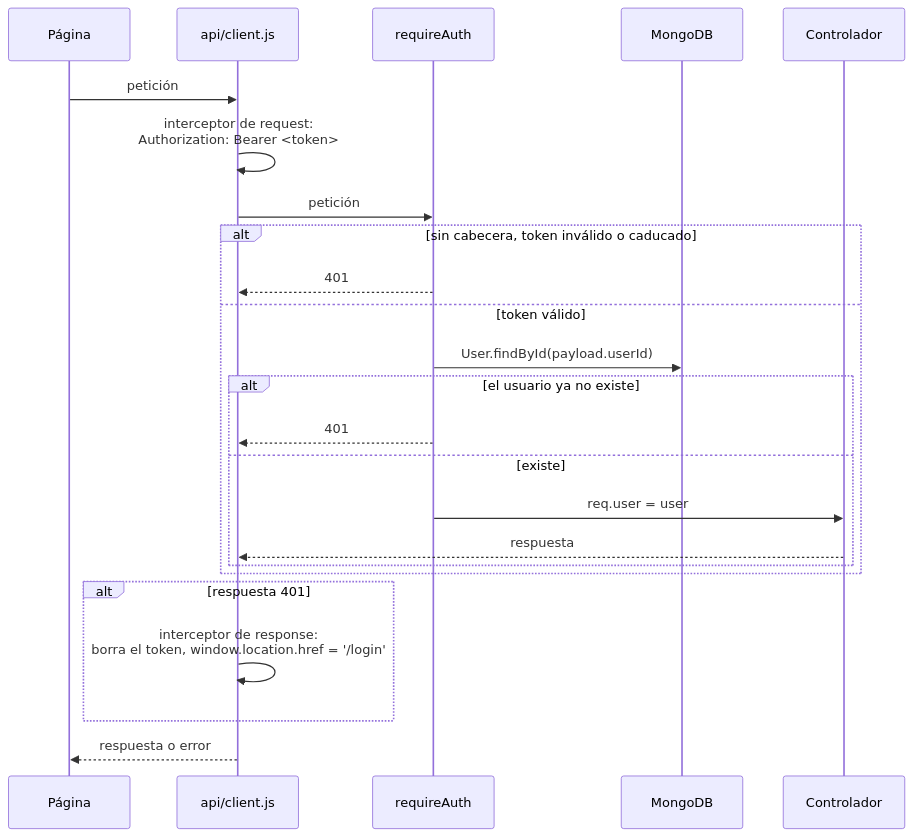
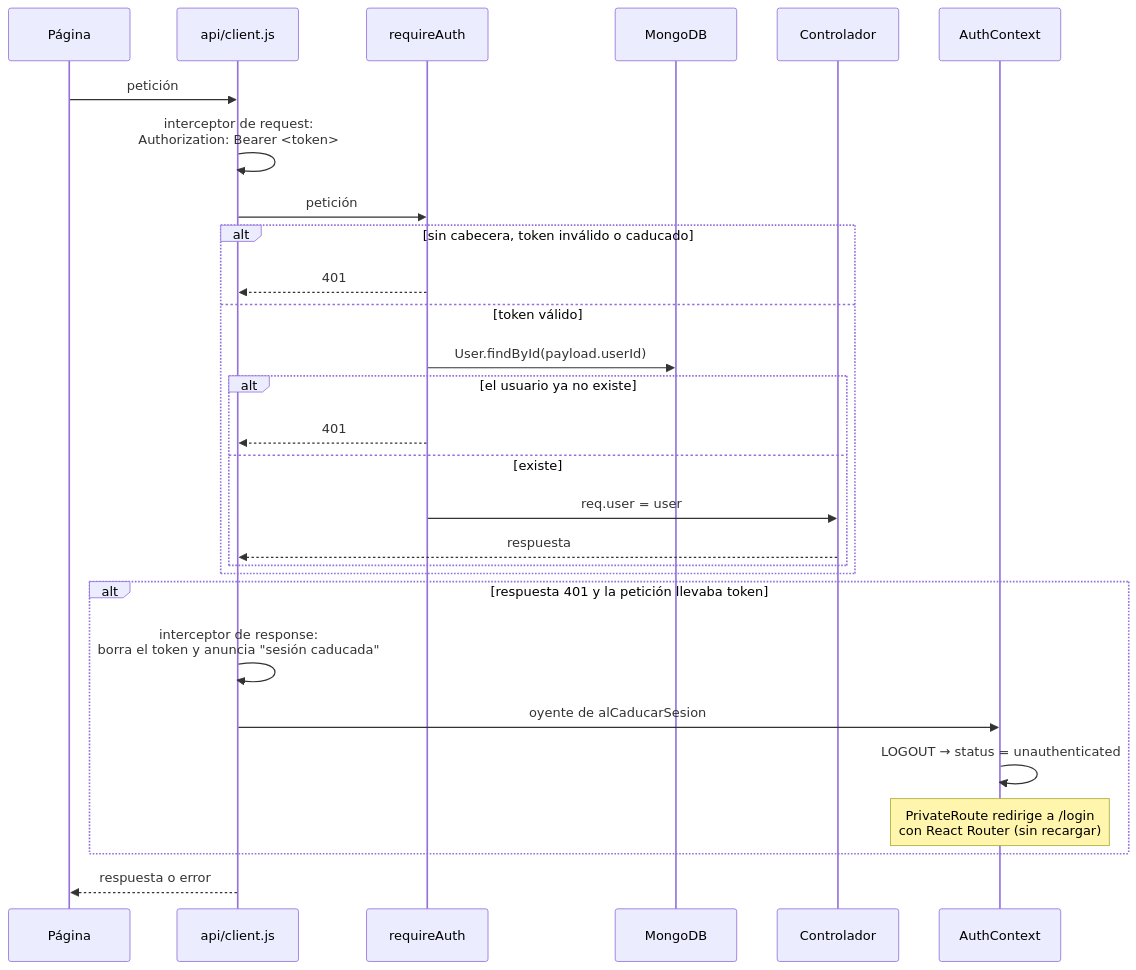
One commit to daviddhernandez2/yieldfit changed the third of 4 diagrams in docs/auth.md. Above: the diagram before and after it, drawn with Mermaid. The commit also changed other lines of this file and 3 other files, not shown here.

````diff
--- a/docs/auth.md
+++ b/docs/auth.md
@@ -77,27 +77,31 @@
 ```mermaid
 sequenceDiagram
     participant P as Página
     participant AX as api/client.js
     participant RA as requireAuth
     participant DB as MongoDB
     participant C as Controlador
+    participant CTX as AuthContext
 
     P->>AX: petición
     AX->>AX: interceptor de request:<br/>Authorization: Bearer <token>
     AX->>RA: petición
     alt sin cabecera, token inválido o caducado
         RA-->>AX: 401
     else token válido
         RA->>DB: User.findById(payload.userId)
         alt el usuario ya no existe
             RA-->>AX: 401
         else existe
             RA->>C: req.user = user
             C-->>AX: respuesta
         end
     end
-    alt respuesta 401
-        AX->>AX: interceptor de response:<br/>borra el token, window.location.href = '/login'
+    alt respuesta 401 y la petición llevaba token
+        AX->>AX: interceptor de response:<br/>borra el token y anuncia "sesión caducada"
+        AX->>CTX: oyente de alCaducarSesion
+        CTX->>CTX: LOGOUT → status = unauthenticated
+        Note over CTX: PrivateRoute redirige a /login<br/>con React Router (sin recargar)
     end
     AX-->>P: respuesta o error
 ```
````
